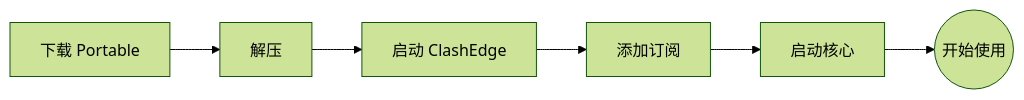
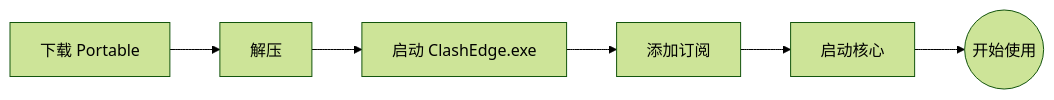
The first of 2 diagrams in README.md (akaspyrean/clashedge), drawn with Mermaid (forest theme) before and after one commit. The commit also changed other lines of this file and 20 other files, not shown here.

````diff
--- a/README.md
+++ b/README.md
@@ -190,8 +85,8 @@
 ```mermaid
 flowchart LR
     A[下载 Portable] --> B[解压]
-    B --> C[启动 ClashEdge]
+    B --> C[启动 ClashEdge.exe]
     C --> D[添加订阅]
     D --> E[启动核心]
     E --> F((开始使用))
 ```
````
